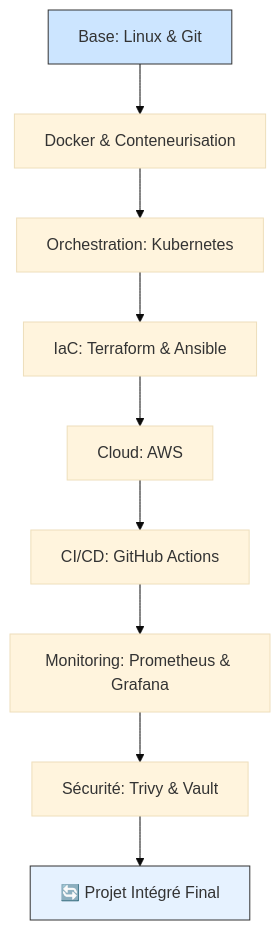
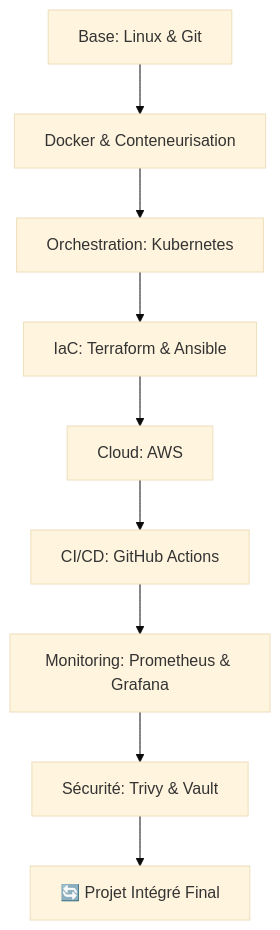
One commit to Moreldev237/Mon_parcours_devops changed the diagram in readme.md. Above: the diagram before and after it, drawn with Mermaid (base theme).

````diff
--- a/readme.md
+++ b/readme.md
@@ -25,14 +25,11 @@
 ```mermaid
 graph TB
     A[Base: Linux & Git] --> B[Docker & Conteneurisation]
     B --> C[Orchestration: Kubernetes]
     C --> D[IaC: Terraform & Ansible]
     D --> E[Cloud: AWS]
     E --> F[CI/CD: GitHub Actions]
     F --> G[Monitoring: Prometheus & Grafana]
     G --> H[Sécurité: Trivy & Vault]
     H --> I[🔄 Projet Intégré Final]
-    
-    style A fill:#cce5ff,stroke:#333
-    style I fill:#e6f2ff,stroke:#333
 ```
````
